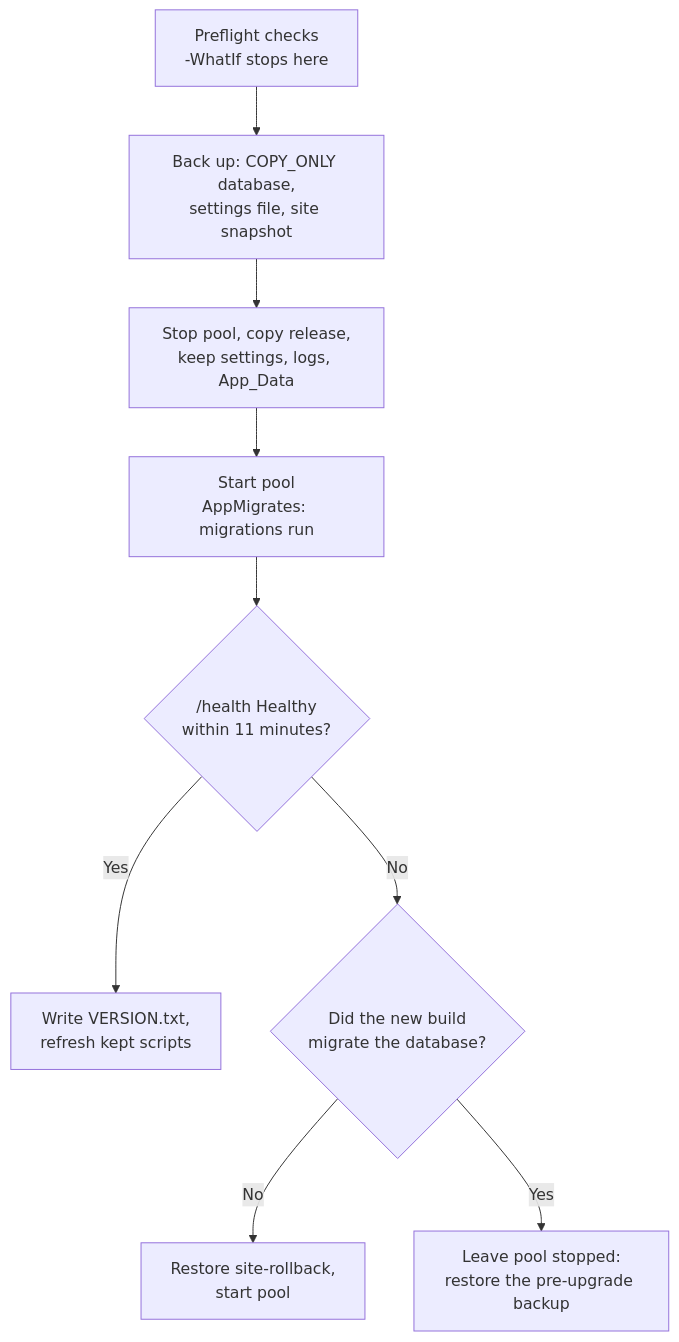
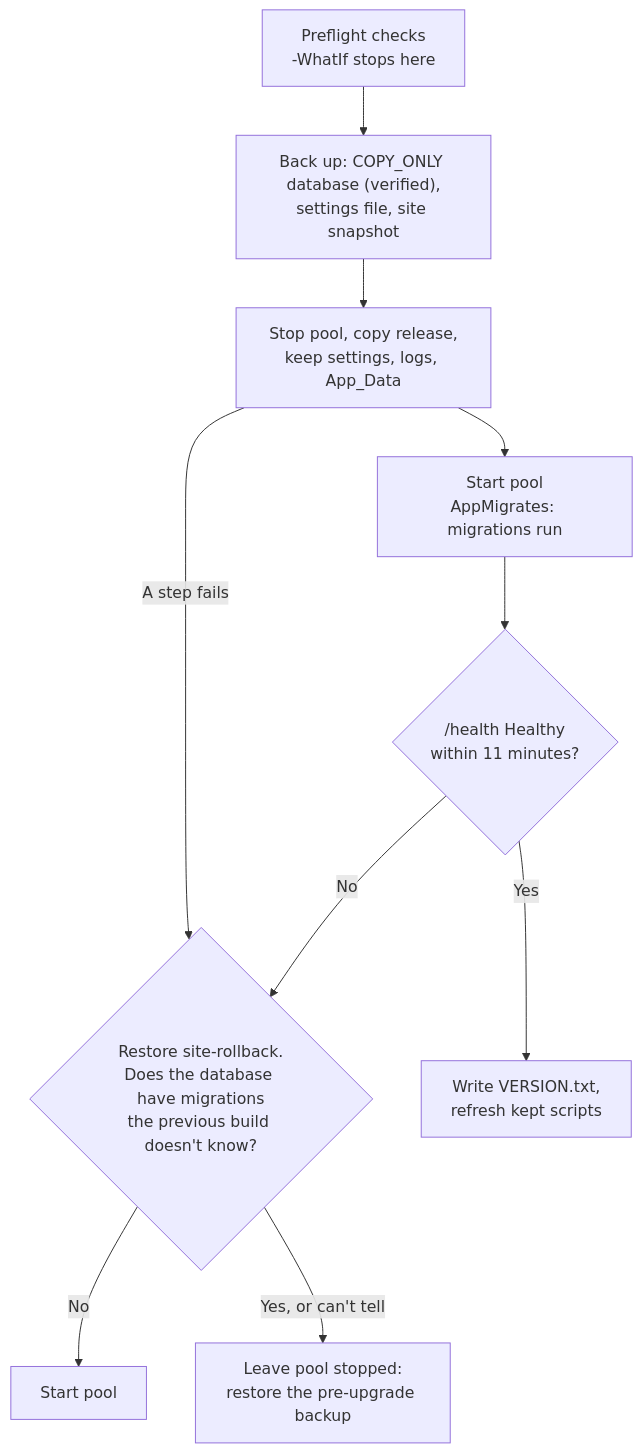
Before and after one commit to jashley92/Tide: the diagram in docs/operations/backup-and-recovery.md, drawn with Mermaid. The commit also changed other lines of this file and 10 other files, not shown here.

First line of the commit message:
An upgrade that fails part way never leaves the site down or starts the old build on a schema it doesn't know

````diff
--- a/docs/operations/backup-and-recovery.md
+++ b/docs/operations/backup-and-recovery.md
@@ -104,11 +107,12 @@
 ```mermaid
 flowchart TD
-    A["Preflight checks<br/>-WhatIf stops here"] --> B["Back up: COPY_ONLY database,<br/>settings file, site snapshot"]
+    A["Preflight checks<br/>-WhatIf stops here"] --> B["Back up: COPY_ONLY database (verified),<br/>settings file, site snapshot"]
     B --> C["Stop pool, copy release,<br/>keep settings, logs, App_Data"]
     C --> D["Start pool<br/>AppMigrates: migrations run"]
+    C -->|A step fails| G
     D --> E{"/health Healthy<br/>within 11 minutes?"}
     E -->|Yes| F["Write VERSION.txt,<br/>refresh kept scripts"]
-    E -->|No| G{"Did the new build<br/>migrate the database?"}
-    G -->|No| H["Restore site-rollback,<br/>start pool"]
-    G -->|Yes| I["Leave pool stopped:<br/>restore the pre-upgrade backup"]
+    E -->|No| G{"Restore site-rollback.<br/>Does the database have migrations<br/>the previous build doesn't know?"}
+    G -->|No| H["Start pool"]
+    G -->|"Yes, or can't tell"| I["Leave pool stopped:<br/>restore the pre-upgrade backup"]
 ```
````
